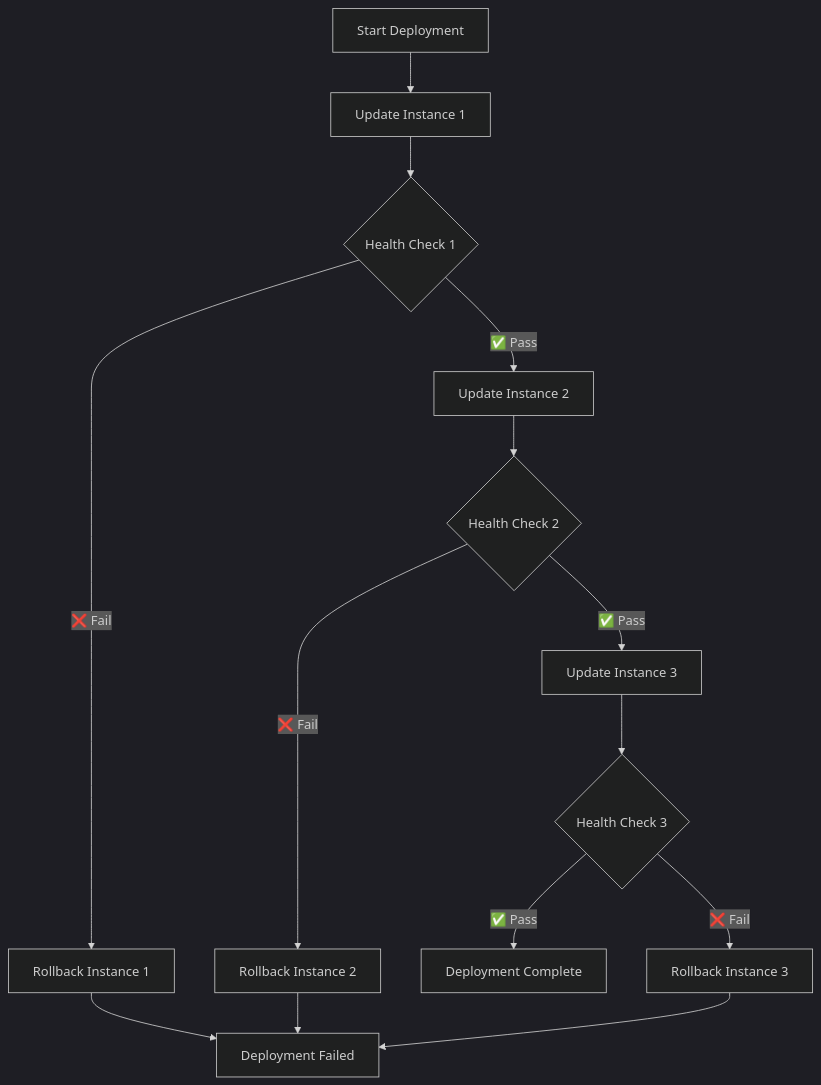
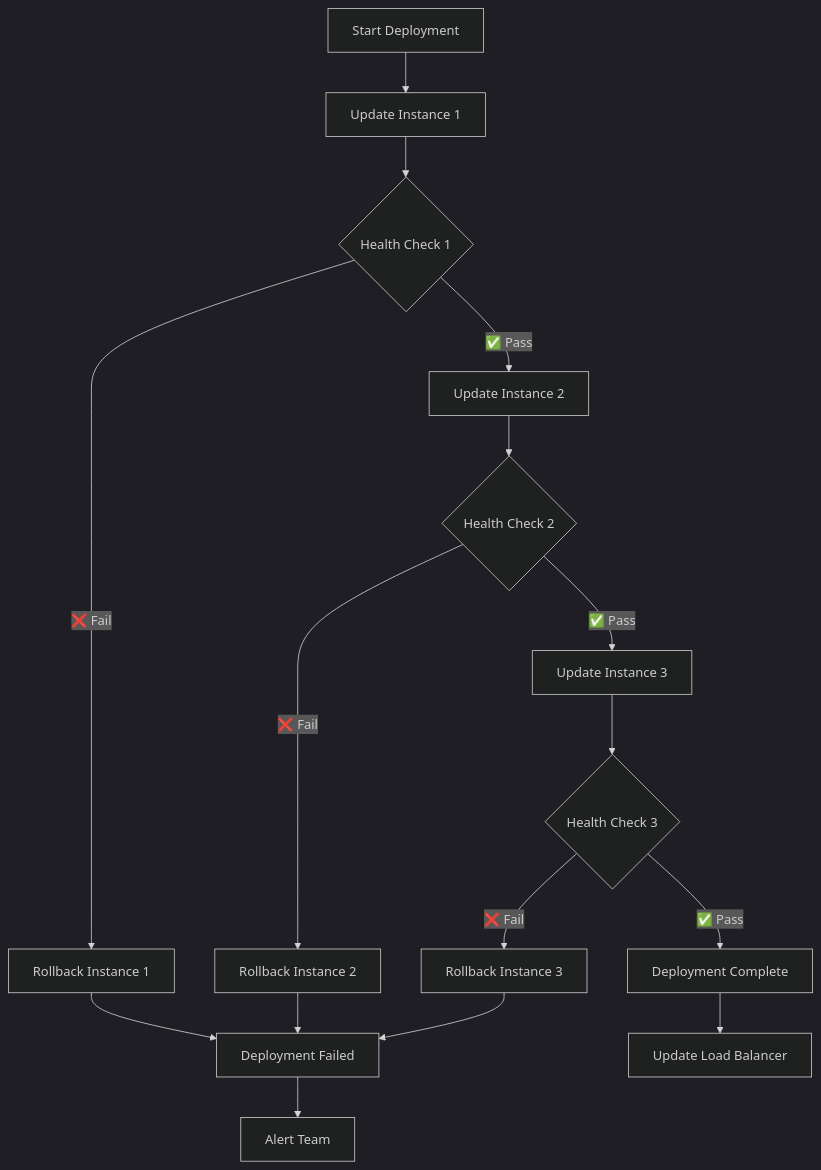
One commit to neKamita/Mirza-Telegram-Shop-Bot changed the eighth of 12 diagrams in docs/DEPLOYMENT.md. Above: the diagram before and after it, drawn with Mermaid (dark theme). The commit also changed other lines of this file and 7 other files, not shown here.

````diff
--- a/docs/DEPLOYMENT.md
+++ b/docs/DEPLOYMENT.md
@@ -288,20 +851,22 @@
 ```mermaid
 graph TD
     A[Start Deployment] --> B[Update Instance 1]
     B --> C{Health Check 1}
     C -->|✅ Pass| D[Update Instance 2]
     C -->|❌ Fail| E[Rollback Instance 1]
-    
+
     D --> F{Health Check 2}
     F -->|✅ Pass| G[Update Instance 3]
     F -->|❌ Fail| H[Rollback Instance 2]
-    
+
     G --> I{Health Check 3}
     I -->|✅ Pass| J[Deployment Complete]
     I -->|❌ Fail| K[Rollback Instance 3]
-    
+
     E --> L[Deployment Failed]
     H --> L
     K --> L
-    
+
+    L --> M[Alert Team]
+    J --> N[Update Load Balancer]
 ```
````
